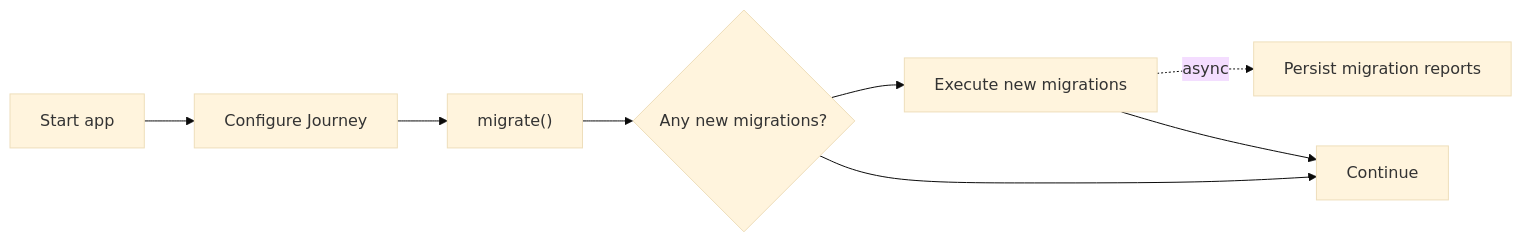
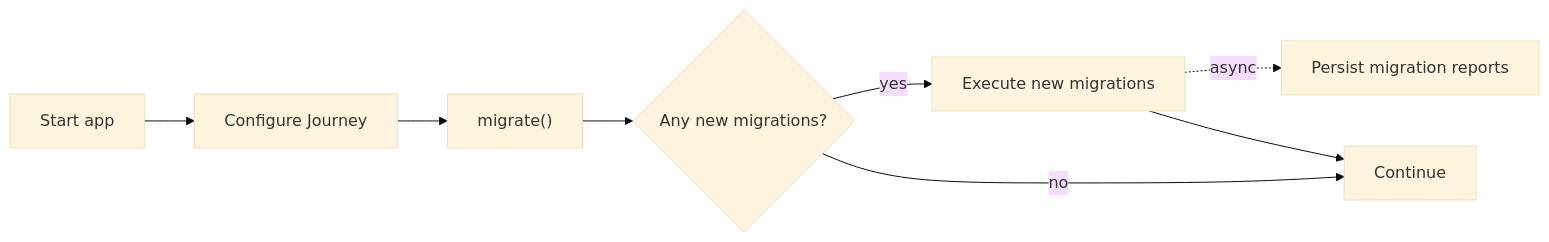
The diagram in README.md (Xylez01/flutter-journey), drawn with Mermaid (base theme) before and after one commit.

Commit message:
Add more explanation to mermaid diagram

````diff
--- a/README.md
+++ b/README.md
@@ -17,10 +17,10 @@
 ```mermaid
 flowchart LR
     start[Start app] --> configure[Configure Journey]
     configure --> migrate["migrate()"]
     migrate --> read{Any new migrations?}
-    read --> execute[Execute new migrations]
-    read --> continue[Continue]
+    read -->|yes| execute[Execute new migrations]
+    read -->|no| continue[Continue]
     execute -.->|async| persist[Persist migration reports]
     execute --> continue
 ```
````
